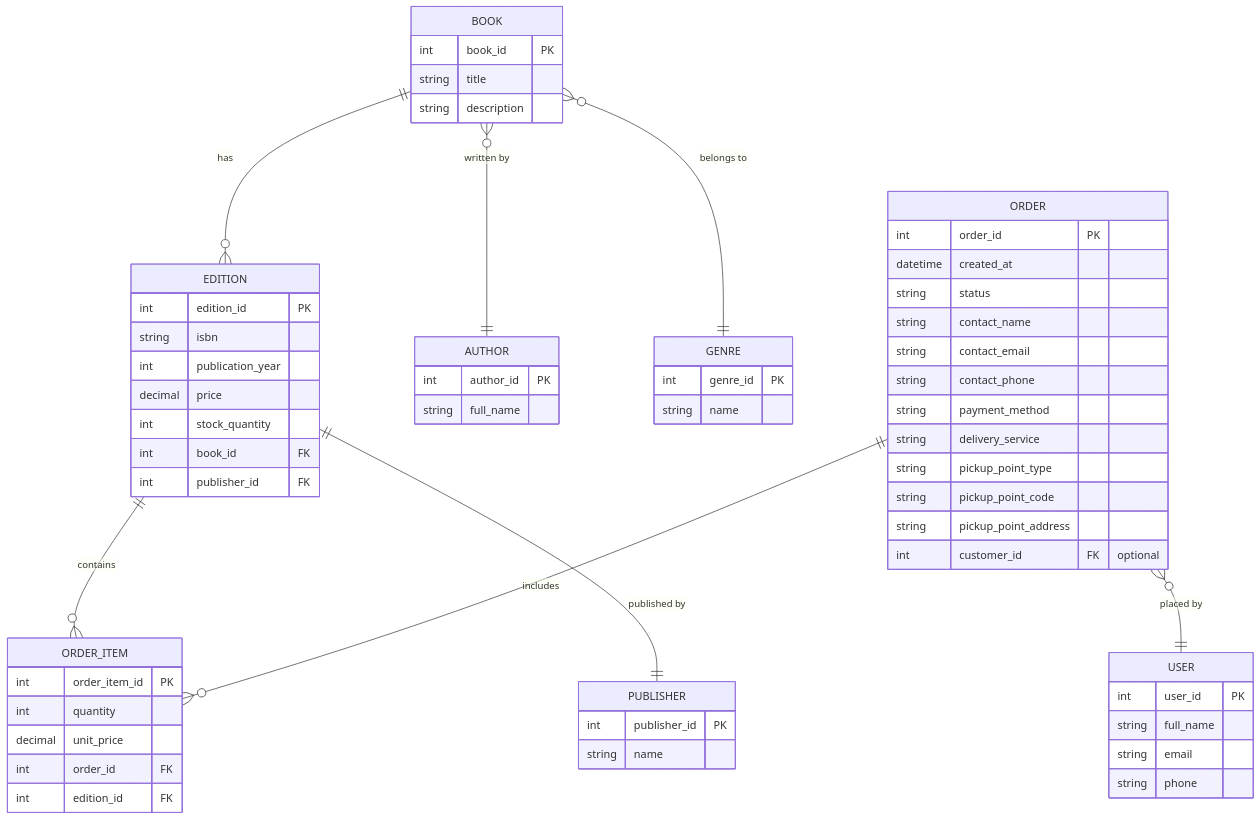
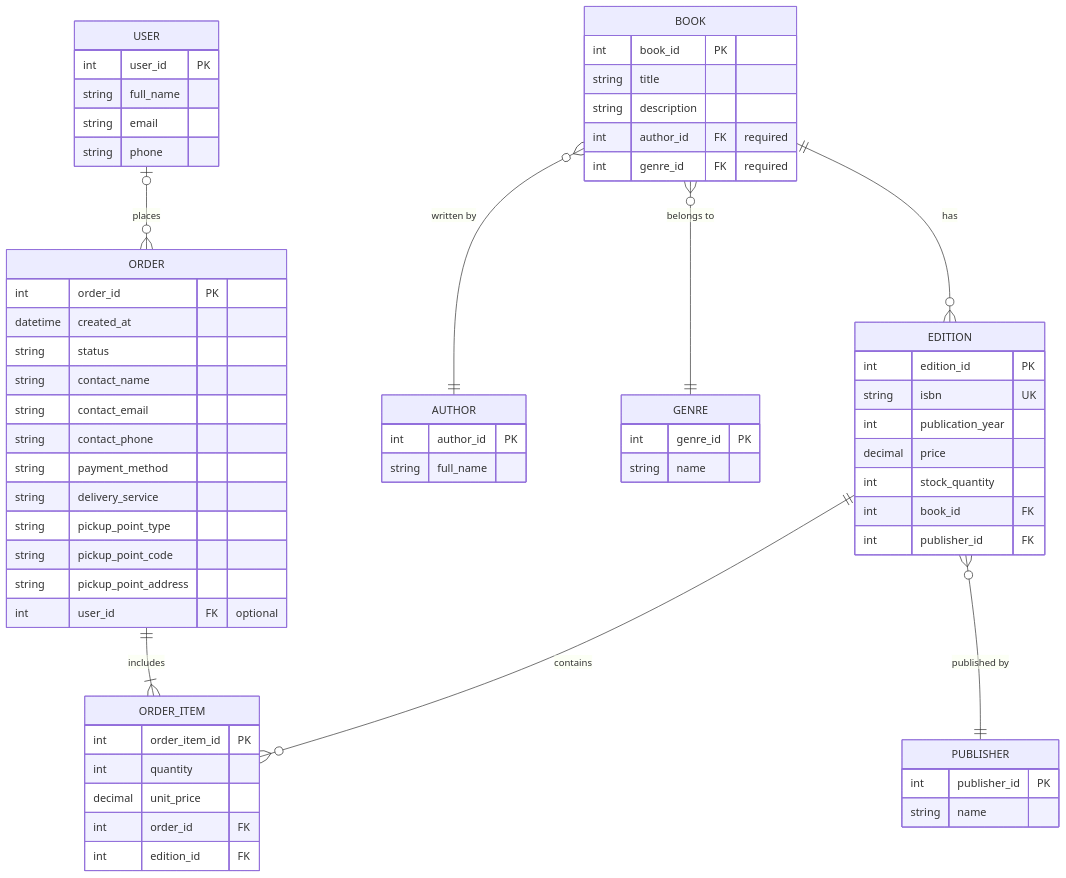
Before and after one commit to LilG3ra/MAVPZ: the diagram in task-1-domain-er/diagrams/er-model.mmd, drawn with Mermaid.

Commit message:
fix: уточнено кардинальності та ключі ER-моделі

```diff
--- a/task-1-domain-er/diagrams/er-model.mmd
+++ b/task-1-domain-er/diagrams/er-model.mmd
@@ -1,70 +1,73 @@
 erDiagram
-	direction TB
-	BOOK {
-		int book_id PK ""  
-		string title  ""  
-		string description  ""  
-	}
+    direction TB
 
-	EDITION {
-		int edition_id PK ""  
-		string isbn  ""  
-		int publication_year  ""  
-		decimal price  ""  
-		int stock_quantity  ""  
-		int book_id FK ""  
-		int publisher_id FK ""  
-	}
+    BOOK {
+        int book_id PK ""
+        string title ""
+        string description ""
+        int author_id FK "required"
+        int genre_id FK "required"
+    }
 
-	AUTHOR {
-		int author_id PK ""  
-		string full_name  ""  
-	}
+    EDITION {
+        int edition_id PK ""
+        string isbn UK ""
+        int publication_year ""
+        decimal price ""
+        int stock_quantity ""
+        int book_id FK ""
+        int publisher_id FK ""
+    }
 
-	GENRE {
-		int genre_id PK ""  
-		string name  ""  
-	}
+    AUTHOR {
+        int author_id PK ""
+        string full_name ""
+    }
 
-	ORDER_ITEM {
-		int order_item_id PK ""  
-		int quantity  ""  
-		decimal unit_price  ""  
-		int order_id FK ""  
-		int edition_id FK ""  
-	}
+    GENRE {
+        int genre_id PK ""
+        string name ""
+    }
 
-	PUBLISHER {
-		int publisher_id PK ""  
-		string name  ""  
-	}
+    ORDER_ITEM {
+        int order_item_id PK ""
+        int quantity ""
+        decimal unit_price ""
+        int order_id FK ""
+        int edition_id FK ""
+    }
 
-	ORDER {
-		int order_id PK ""  
-		datetime created_at  ""  
-		string status  ""  
-		string contact_name  ""  
-		string contact_email  ""  
-		string contact_phone  ""  
-		string payment_method  ""  
-		string delivery_service  ""  
-		string pickup_point_type  ""  
-		string pickup_point_code  ""  
-		string pickup_point_address  ""  
-		int customer_id FK "optional"  
-	}
+    PUBLISHER {
+        int publisher_id PK ""
+        string name ""
+    }
 
-	USER {
-		int user_id PK ""  
-		string full_name  ""  
-		string email  ""  
-		string phone  ""  
-	}
+    ORDER {
+        int order_id PK ""
+        datetime created_at ""
+        string status ""
+        string contact_name ""
+        string contact_email ""
+        string contact_phone ""
+        string payment_method ""
+        string delivery_service ""
+        string pickup_point_type ""
+        string pickup_point_code ""
+        string pickup_point_address ""
+        int user_id FK "optional"
+    }
 
-	BOOK||--o{EDITION:"has"
-	BOOK}o--||AUTHOR:"written by"
-	BOOK}o--||GENRE:"belongs to"
-	EDITION||--o{ORDER_ITEM:"contains"
-	EDITION||--||PUBLISHER:"published by"
-	ORDER||--o{ORDER_ITEM:"includes"
-	ORDER}o--||USER:"placed by"
+    USER {
+        int user_id PK ""
+        string full_name ""
+        string email ""
+        string phone ""
+    }
+
+    BOOK ||--o{ EDITION : "has"
+    BOOK }o--|| AUTHOR : "written by"
+    BOOK }o--|| GENRE : "belongs to"
+    EDITION ||--o{ ORDER_ITEM : "contains"
+    EDITION }o--|| PUBLISHER : "published by"
+    ORDER ||--|{ ORDER_ITEM : "includes"
+    USER o|--o{ ORDER : "places"
```
